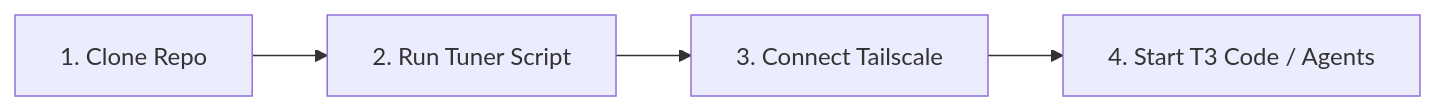
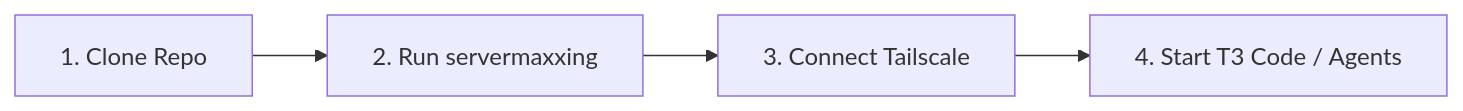
One commit to kshanxs/agent-server-setup changed the second of 2 diagrams in README.md. Above: the diagram before and after it, drawn with Mermaid. The commit also changed other lines of this file and 7 other files, not shown here.

````diff
--- a/README.md
+++ b/README.md
@@ -73,6 +77,6 @@
 ```mermaid
 flowchart LR
-    A["1. Clone Repo"] --> B["2. Run Tuner Script"]
+    A["1. Clone Repo"] --> B["2. Run servermaxxing"]
     B --> C["3. Connect Tailscale"]
     C --> D["4. Start T3 Code / Agents"]
 ```
````
